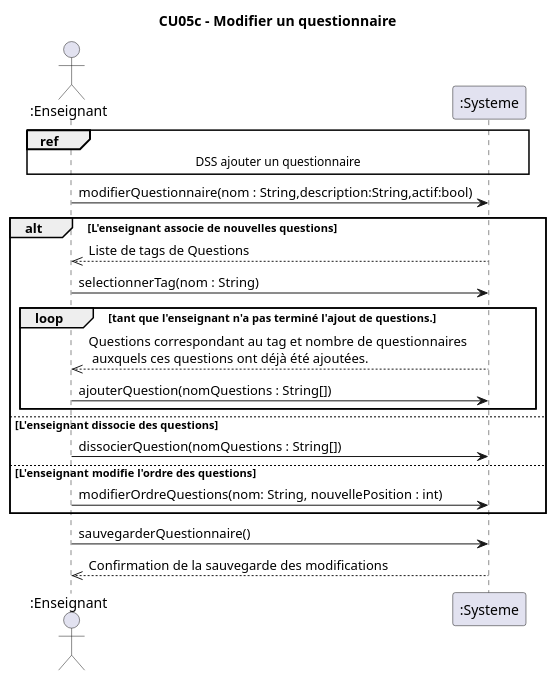
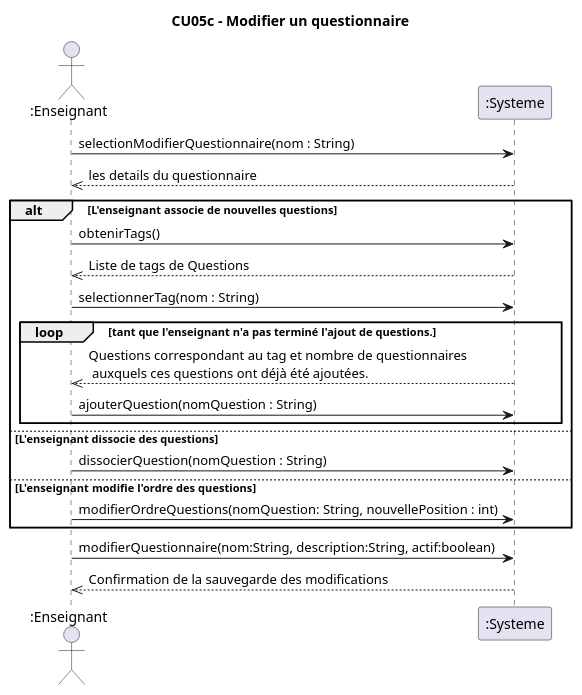
Before and after one commit to xMrYahya/moodle-clone: the diagram in docs/modeles/cu05/dss-modifier-questionnaire.puml, drawn with PlantUML. The commit also changed 10 other files, not shown here.

Commit message:
fin des rdcu pour CU05c - modifier un questionnaire + petites correction/modifications du dss pour CU05

```diff
--- a/docs/modeles/cu05/dss-modifier-questionnaire.puml
+++ b/docs/modeles/cu05/dss-modifier-questionnaire.puml
@@ -1,26 +1,26 @@
 @startuml
 title CU05c - Modifier un questionnaire
+
 actor ":Enseignant" as e
 participant ":Systeme" as s
-ref over e,s
-DSS ajouter un questionnaire
-end ref
-'Je n'ai pas mis selection ajouter puisque selectionnerQuestionnaire mene au meme menu
-e->s : modifierQuestionnaire(nom : String,description:String,actif:bool)
+
+e->s : selectionModifierQuestionnaire(nom : String)
+s-->>e : les details du questionnaire
 alt L'enseignant associe de nouvelles questions
+e->s : obtenirTags()
 s-->>e : Liste de tags de Questions
 e->s : selectionnerTag(nom : String)
 loop tant que l'enseignant n'a pas terminé l'ajout de questions.
 s-->>e : Questions correspondant au tag et nombre de questionnaires\n auxquels ces questions ont déjà été ajoutées.
 'important de mettre a jout le nombre de quetionnaires auquel les questions ont déjé été ajoutées apres un ajout
-e->s : ajouterQuestion(nomQuestions : String[])
+e->s : ajouterQuestion(nomQuestion : String)
 'Pas de fonction du coté du système
 end loop
 else L'enseignant dissocie des questions
-e->s : dissocierQuestion(nomQuestions : String[])
+e->s : dissocierQuestion(nomQuestion : String)
 else L'enseignant modifie l'ordre des questions
-e->s : modifierOrdreQuestions(nom: String, nouvellePosition : int)
+e->s : modifierOrdreQuestions(nomQuestion: String, nouvellePosition : int)
 end alt
-e->s : sauvegarderQuestionnaire()
+e->s : modifierQuestionnaire(nom:String, description:String, actif:boolean)
 s-->>e : Confirmation de la sauvegarde des modifications
 @enduml
```
